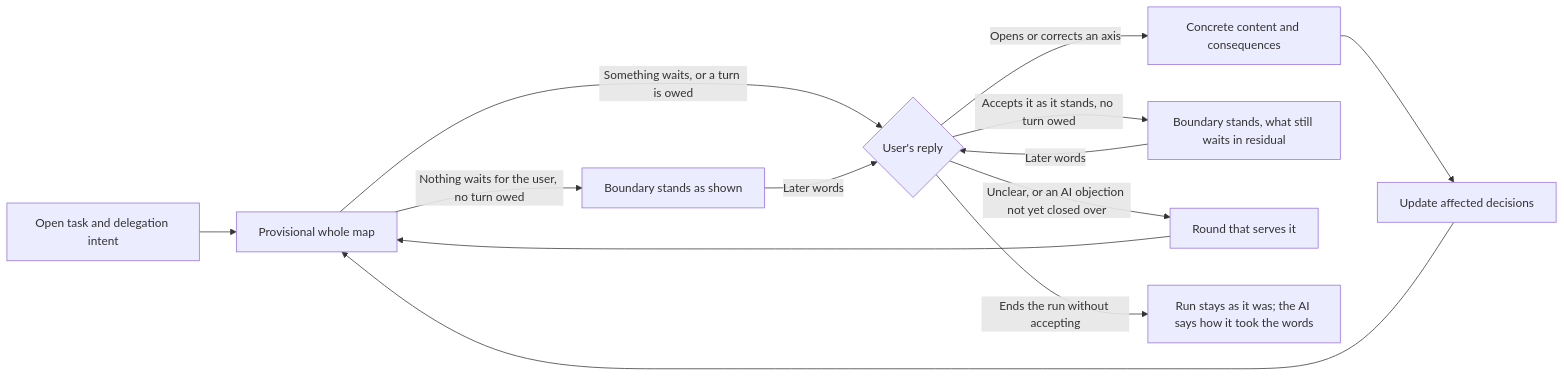
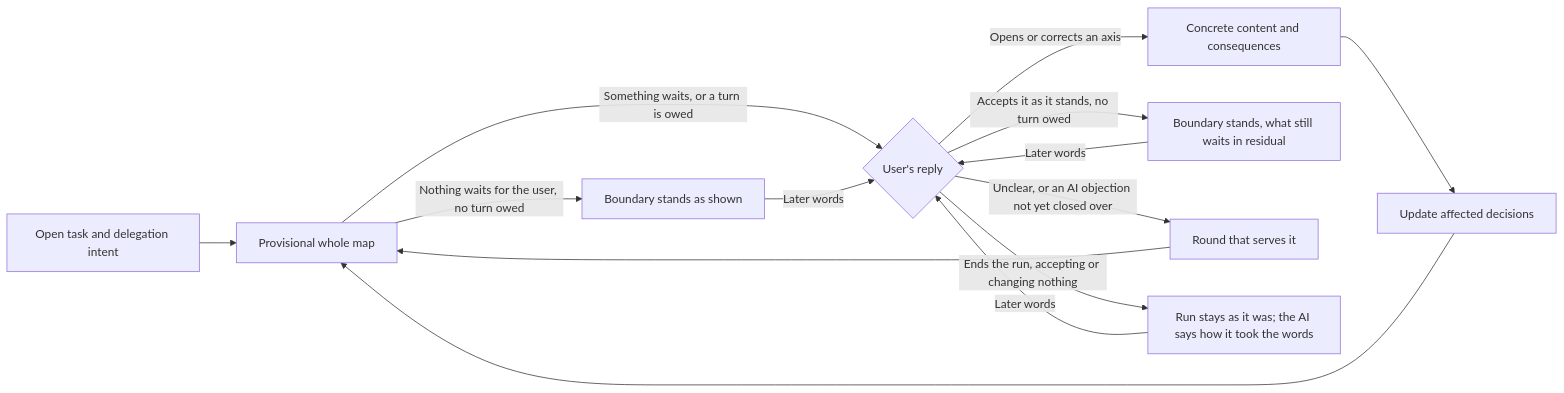
One commit to jongwony/epistemic-protocols changed the diagram in horismos/README.md. Above: the diagram before and after it, drawn with Mermaid. The commit also changed other lines of this file and 3 other files, not shown here.

````diff
--- a/horismos/README.md
+++ b/horismos/README.md
@@ -9,15 +9,16 @@
 ```mermaid
 flowchart LR
     A[Open task and delegation intent] --> B[Provisional whole map]
     B -->|Nothing waits for the user, no turn owed| G[Boundary stands as shown]
     B -->|Something waits, or a turn is owed| C{User's reply}
     C -->|Opens or corrects an axis| D[Concrete content and consequences]
     D --> E[Update affected decisions]
     E --> B
     C -->|Accepts it as it stands, no turn owed| F[Boundary stands, what still waits in residual]
     C -->|Unclear, or an AI objection not yet closed over| H[Round that serves it]
     H --> B
-    C -->|Ends the run without accepting| K[Run stays as it was; the AI says how it took the words]
+    C -->|Ends the run, accepting or changing nothing| K[Run stays as it was; the AI says how it took the words]
+    K -->|Later words| C
     F -->|Later words| C
     G -->|Later words| C
 ```
````
